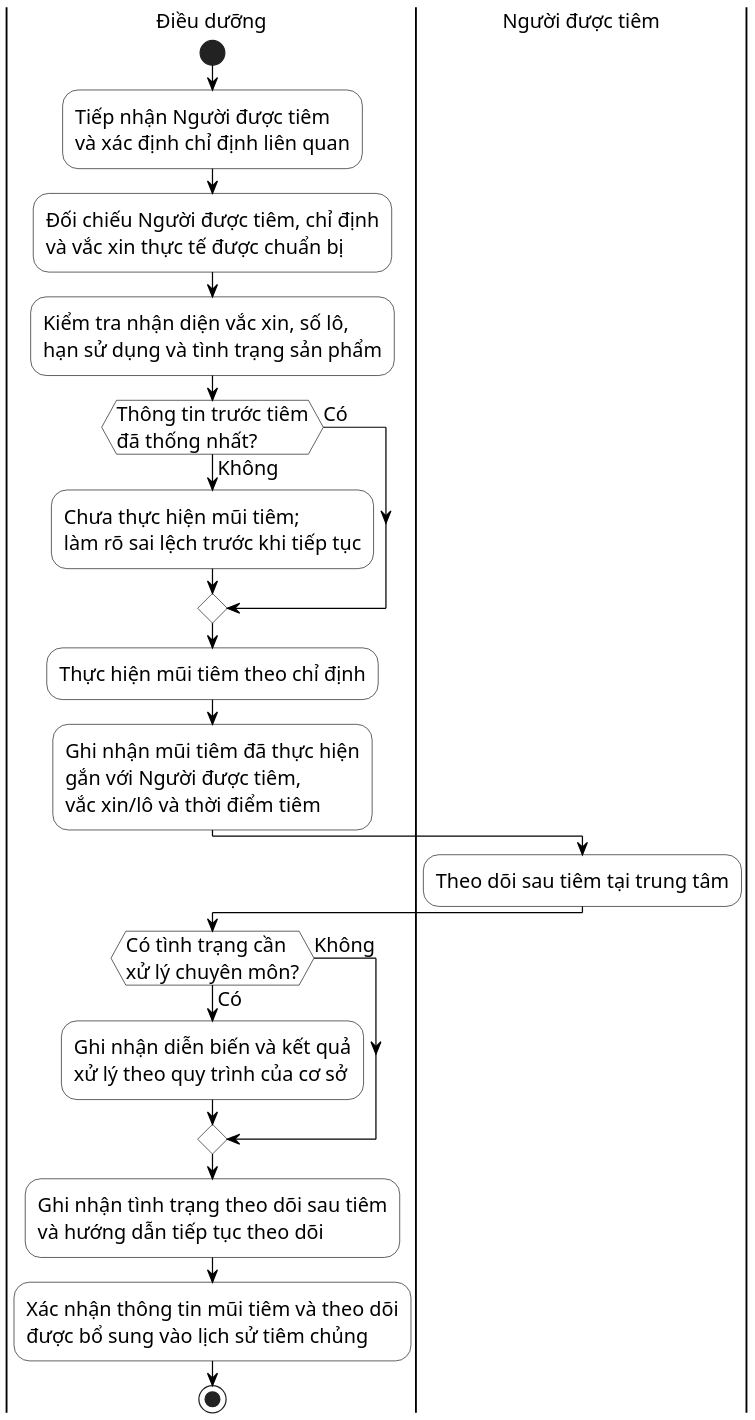
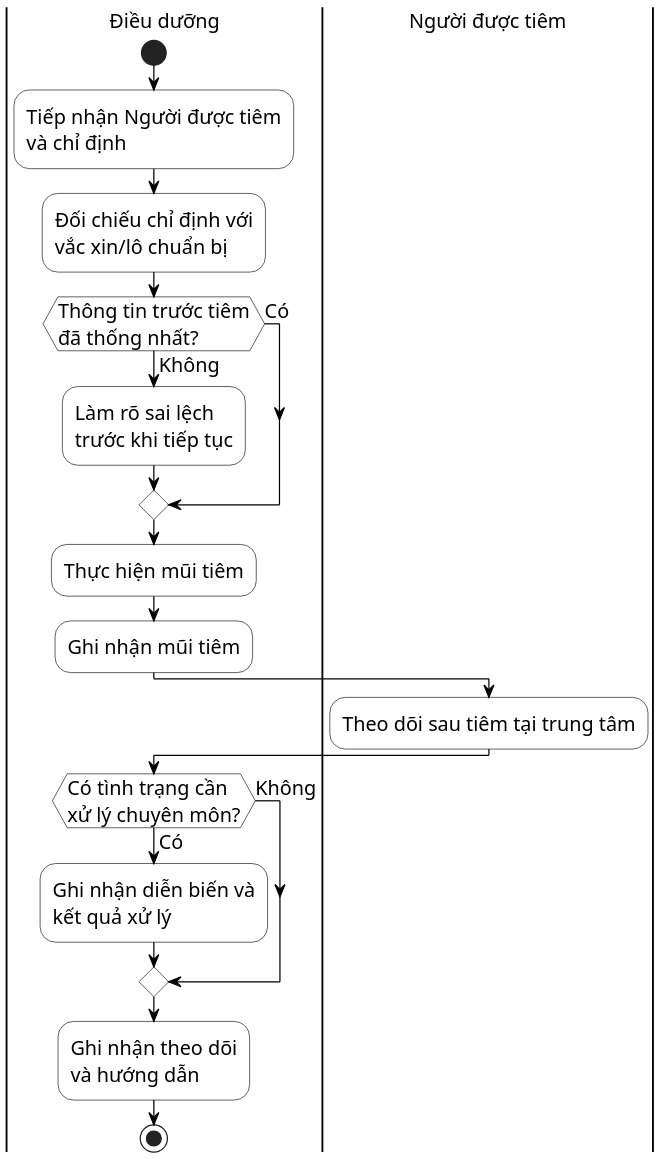
The diagram in docs/thesis/uml/Hinh_2_8_Activity_Tiem_Va_Theo_Doi.puml (datngo1203/KLCN-QuanLyTiemChung), drawn with PlantUML before and after one commit. The commit also changed 6 other files, not shown here.

Commit message:
docs: compact business activity flow wording

```diff
--- a/docs/thesis/uml/Hinh_2_8_Activity_Tiem_Va_Theo_Doi.puml
+++ b/docs/thesis/uml/Hinh_2_8_Activity_Tiem_Va_Theo_Doi.puml
@@ -1,40 +1,40 @@
 @startuml
-' HUIT UML Visual Profile v1 - compact-fixed layout
+' HUIT UML Visual Profile v1 - compact data-aware layout
 skinparam monochrome true
 skinparam shadowing false
 skinparam backgroundColor white
 skinparam defaultFontName "Times New Roman"
 skinparam defaultFontSize 16
 skinparam ArrowColor black
 skinparam ActivityBorderColor black
 skinparam ActivityBackgroundColor white
 skinparam PartitionBorderColor black
 skinparam PartitionBackgroundColor white
+skinparam nodesep 20
+skinparam ranksep 24
 skinparam dpi 180
 
 |Điều dưỡng|
 start
-:Tiếp nhận Người được tiêm\nvà xác định chỉ định liên quan;
-:Đối chiếu Người được tiêm, chỉ định\nvà vắc xin thực tế được chuẩn bị;
-:Kiểm tra nhận diện vắc xin, số lô,\nhạn sử dụng và tình trạng sản phẩm;
+:Tiếp nhận Người được tiêm\nvà chỉ định;
+:Đối chiếu chỉ định với\nvắc xin/lô chuẩn bị;
 
 if (Thông tin trước tiêm\nđã thống nhất?) then (Có)
 else (Không)
-  :Chưa thực hiện mũi tiêm;\nlàm rõ sai lệch trước khi tiếp tục;
+  :Làm rõ sai lệch\ntrước khi tiếp tục;
 endif
 
-:Thực hiện mũi tiêm theo chỉ định;
-:Ghi nhận mũi tiêm đã thực hiện\ngắn với Người được tiêm,\nvắc xin/lô và thời điểm tiêm;
+:Thực hiện mũi tiêm;
+:Ghi nhận mũi tiêm;
 
 |Người được tiêm|
 :Theo dõi sau tiêm tại trung tâm;
 
 |Điều dưỡng|
 if (Có tình trạng cần\nxử lý chuyên môn?) then (Có)
-  :Ghi nhận diễn biến và kết quả\nxử lý theo quy trình của cơ sở;
+  :Ghi nhận diễn biến và\nkết quả xử lý;
 else (Không)
 endif
-:Ghi nhận tình trạng theo dõi sau tiêm\nvà hướng dẫn tiếp tục theo dõi;
-:Xác nhận thông tin mũi tiêm và theo dõi\nđược bổ sung vào lịch sử tiêm chủng;
+:Ghi nhận theo dõi\nvà hướng dẫn;
 stop
 @enduml
```
